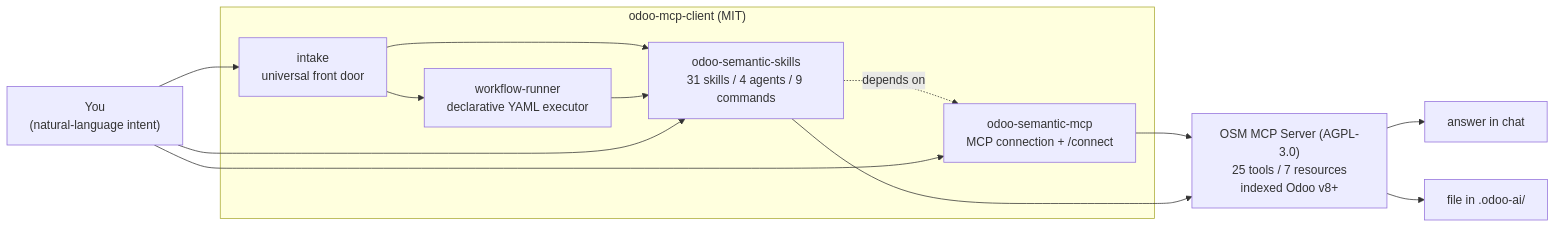
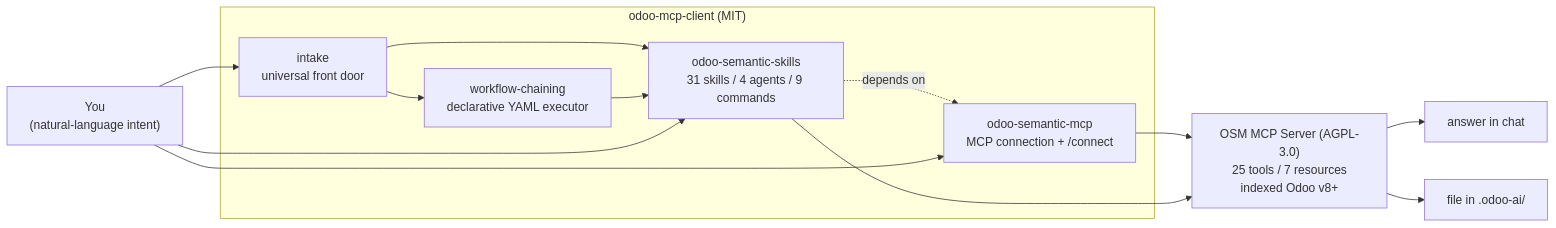
Before and after one commit to Viindoo/odoo-mcp-client: the first of 5 diagrams in README.md, drawn with Mermaid. The commit also changed other lines of this file and 110 other files, not shown here.

````diff
--- a/README.md
+++ b/README.md
@@ -13,28 +13,28 @@
 ```mermaid
 flowchart LR
     You["You<br/>(natural-language intent)"]
 
     subgraph client["odoo-mcp-client (MIT)"]
         intake["intake<br/>universal front door"]
-        wfrunner["workflow-runner<br/>declarative YAML executor"]
+        wfrunner["workflow-chaining<br/>declarative YAML executor"]
         skills["odoo-semantic-skills<br/>31 skills / 4 agents / 9 commands"]
         mcp["odoo-semantic-mcp<br/>MCP connection + /connect"]
         intake --> wfrunner
         intake --> skills
         wfrunner --> skills
         skills -."depends on".-> mcp
     end
 
     server["OSM MCP Server (AGPL-3.0)<br/>25 tools / 7 resources<br/>indexed Odoo v8+"]
 
     out1["answer in chat"]
     out2["file in .odoo-ai/"]
 
     You --> intake
     You --> skills
     You --> mcp
     mcp --> server
     skills --> server
     server --> out1
     server --> out2
 ```
````
